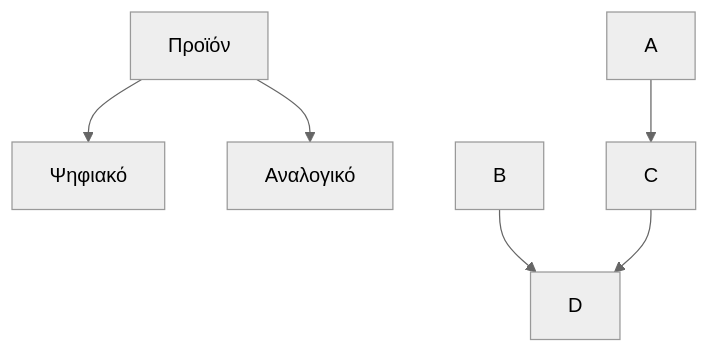
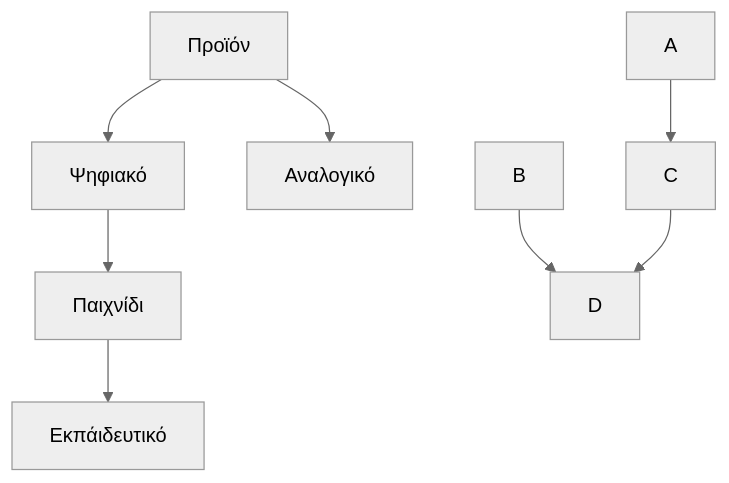
Before and after one commit to Ebabouraki/Interaction-Design-Project-Assignment: the diagram in our_report/README.md, drawn with Mermaid (neutral theme).

````diff
--- a/our_report/README.md
+++ b/our_report/README.md
@@ -200,8 +200,11 @@
 ```mermaid
   graph TD;
       Προϊόν --> Ψηφιακό;
       Προϊόν --> Αναλογικό;
+      Ψηφιακό --> Παιχνίδι;
+      Παιχνίδι --> Εκπάιδευτικό;
+      
       A-->C;
       B-->D;
       C-->D;
 ```
````
